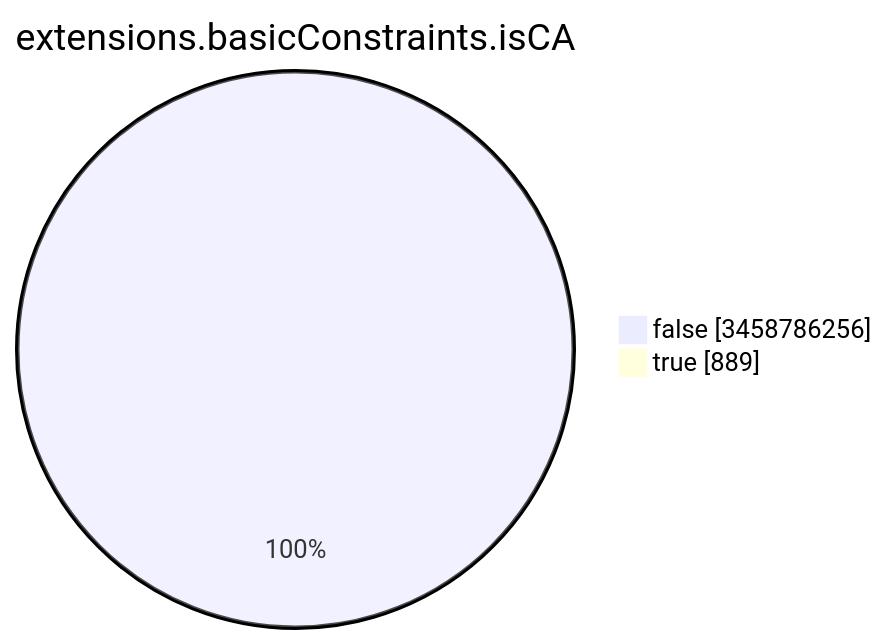
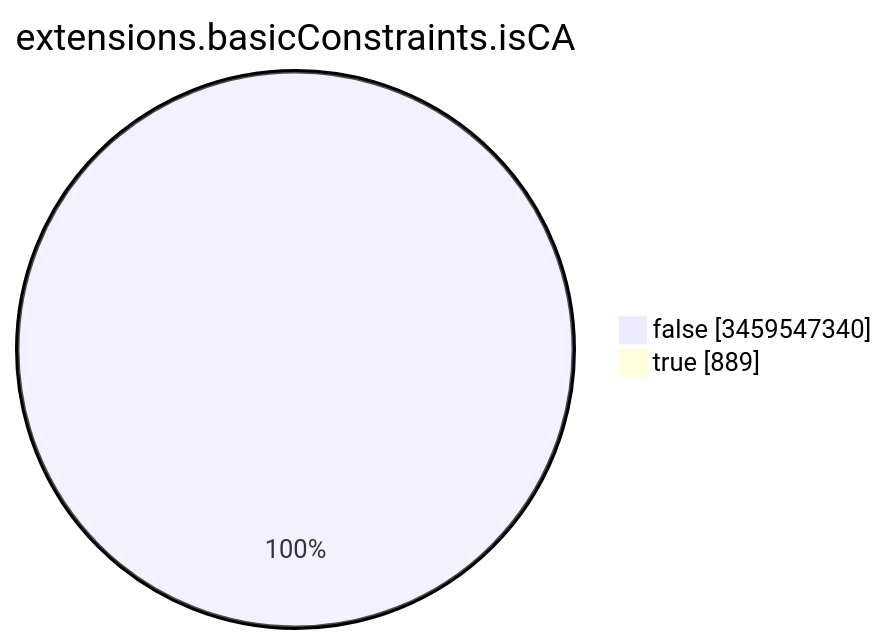
Before and after one commit to christiankrug/ctmonitor_visualization: the seventh of 15 diagrams in TOTAL/README.md, drawn with Mermaid. The commit also changed other lines of this file, not shown here.

````diff
--- a/TOTAL/README.md
+++ b/TOTAL/README.md
@@ -3093,6 +3093,6 @@
 ```mermaid
 pie showData
 title extensions.basicConstraints.isCA
-"false" :3458786256
+"false" :3459547340
 "true" :889
 ```
````
